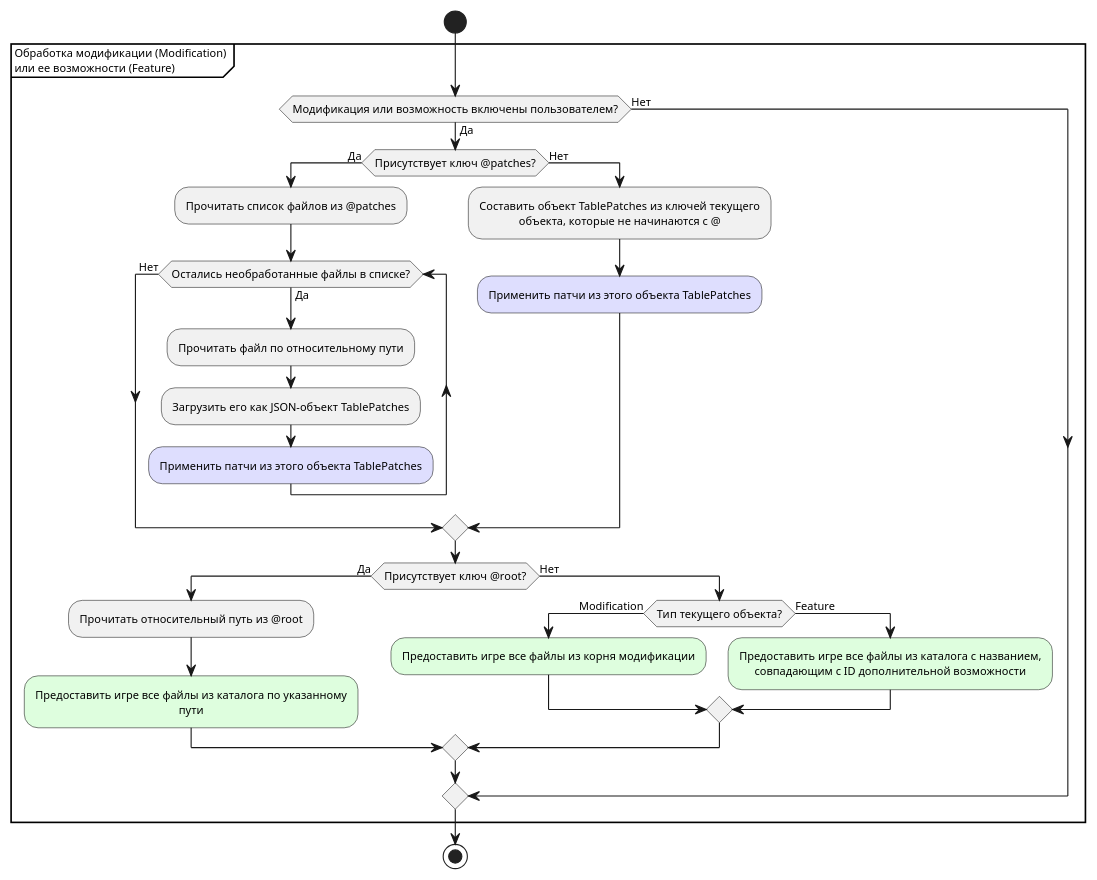
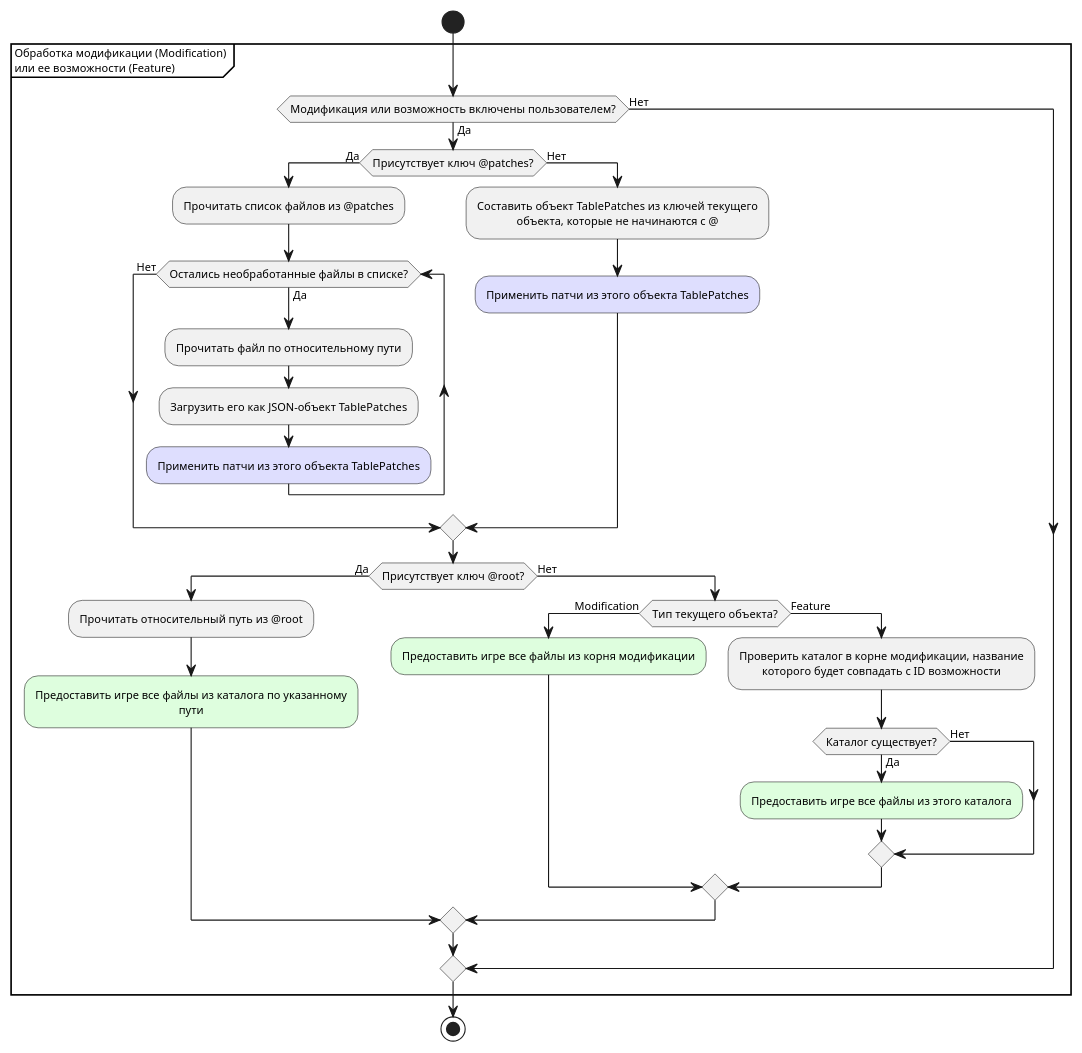
Before and after one commit to nulls-mods-community/docs: the diagram in russian/FormatLoading.puml, drawn with PlantUML. The commit also changed 1 other file, not shown here.

```diff
--- a/russian/FormatLoading.puml
+++ b/russian/FormatLoading.puml
@@ -1,42 +1,46 @@
 @startuml activity
 
 skinparam defaultTextAlignment center
 skinparam defaultFontSize 10
 skinparam wrapWidth 300
 
 start
 
-group Обработка модификации (Modification)\nили ее возможности (Feature)
+group Обработка модификации (Modification)\nили ее возможности (Feature) {
 
-if (Модификация или возможность включены пользователем?) then (Да)
-    if (Присутствует ключ @patches?) then (Да)
-        :Прочитать список файлов из @patches;
+    if (Модификация или возможность включены пользователем?) then (Да)
+        if (Присутствует ключ @patches?) then (Да)
+            :Прочитать список файлов из @patches;
 
-        while (Остались необработанные файлы в списке?) is (Да)
-            :Прочитать файл по относительному пути;
-            :Загрузить его как JSON-объект TablePatches;
+            while (Остались необработанные файлы в списке?) is (Да)
+                :Прочитать файл по относительному пути;
+                :Загрузить его как JSON-объект TablePatches;
+                #dedefe :Применить патчи из этого объекта TablePatches;
+            endwhile (Нет)
+        else (Нет)
+            :Составить объект TablePatches из ключей текущего объекта, которые не начинаются с @;
             #dedefe :Применить патчи из этого объекта TablePatches;
-        endwhile (Нет)
+        endif
+        if (Присутствует ключ @root?) then (Да)
+            :Прочитать относительный путь из @root;
+            #defede :Предоставить игре все файлы из каталога по указанному пути;
+        else (Нет)
+            if (Тип текущего объекта?) then (Modification)
+                #defede :Предоставить игре все файлы из корня модификации;
+            else (Feature)
+                :Проверить каталог в корне модификации, название которого будет совпадать с ID возможности;
+                if (Каталог существует?) then (Да)
+                    #defede :Предоставить игре все файлы из этого каталога;
+                else (Нет)
+                endif
+            endif
+        endif
     else (Нет)
-        :Составить объект TablePatches из ключей текущего объекта, которые не начинаются с @;
-        #dedefe :Применить патчи из этого объекта TablePatches;
     endif
-    if (Присутствует ключ @root?) then (Да)
-        :Прочитать относительный путь из @root;
-        #defede :Предоставить игре все файлы из каталога по указанному пути;
-    else (Нет)
-        if (Тип текущего объекта?) then (Modification)
-            #defede :Предоставить игре все файлы из корня модификации;
-        else (Feature)
-            #defede :Предоставить игре все файлы из каталога с названием, совпадающим с ID дополнительной возможности;
-        endif
-    endif
-else (Нет)
-endif
 
-end group
+}
 
 stop
 
 
 @enduml
```
